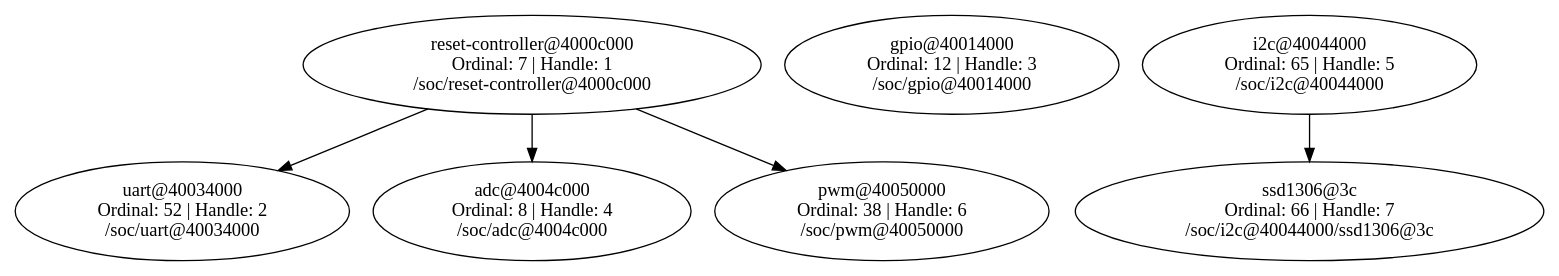
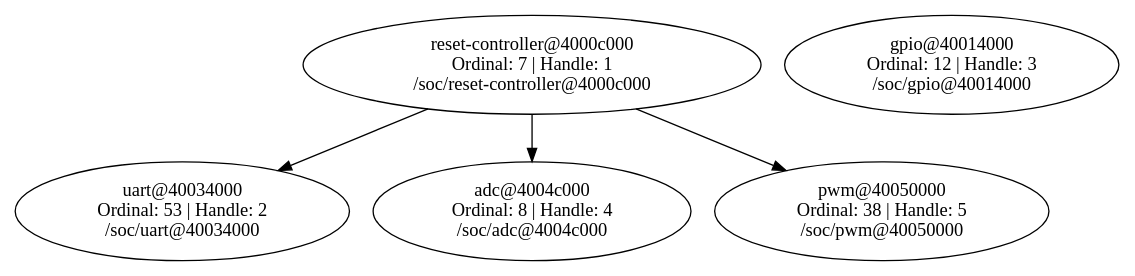
Before and after one commit to Diseno-electronico-2023-1/evse-rp2040-hardware: the diagram in app/build/zephyr/dev_graph.dot, drawn with Graphviz. The commit also changed 323 other files, not shown here.

```diff
--- a/app/build/zephyr/dev_graph.dot
+++ b/app/build/zephyr/dev_graph.dot
@@ -1,14 +1,11 @@
 // C:/Users/ediso/zephyrproject/evse-rp2040-hardware/app/build/zephyr/zephyr_pre0.elf
 digraph "Device dependency graph" {
 	7 [label="reset-controller@4000c000\nOrdinal: 7 | Handle: 1\n/soc/reset-controller@4000c000"]
-	52 [label="uart@40034000\nOrdinal: 52 | Handle: 2\n/soc/uart@40034000"]
+	53 [label="uart@40034000\nOrdinal: 53 | Handle: 2\n/soc/uart@40034000"]
 	12 [label="gpio@40014000\nOrdinal: 12 | Handle: 3\n/soc/gpio@40014000"]
 	8 [label="adc@4004c000\nOrdinal: 8 | Handle: 4\n/soc/adc@4004c000"]
-	65 [label="i2c@40044000\nOrdinal: 65 | Handle: 5\n/soc/i2c@40044000"]
-	38 [label="pwm@40050000\nOrdinal: 38 | Handle: 6\n/soc/pwm@40050000"]
-	66 [label="ssd1306@3c\nOrdinal: 66 | Handle: 7\n/soc/i2c@40044000/ssd1306@3c"]
+	38 [label="pwm@40050000\nOrdinal: 38 | Handle: 5\n/soc/pwm@40050000"]
+	7 -> 53
 	7 -> 38
 	7 -> 8
-	7 -> 52
-	65 -> 66
 }
```
